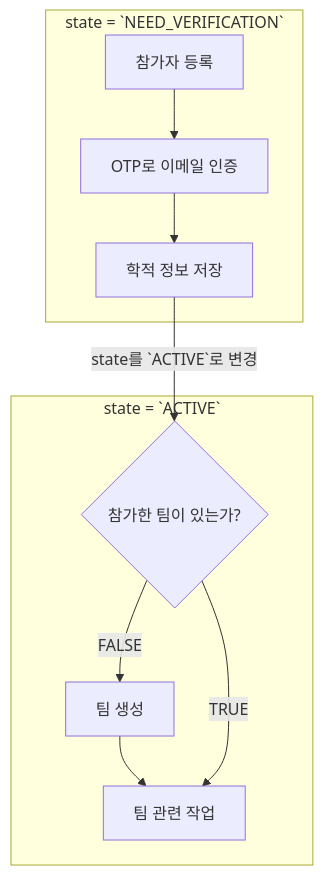
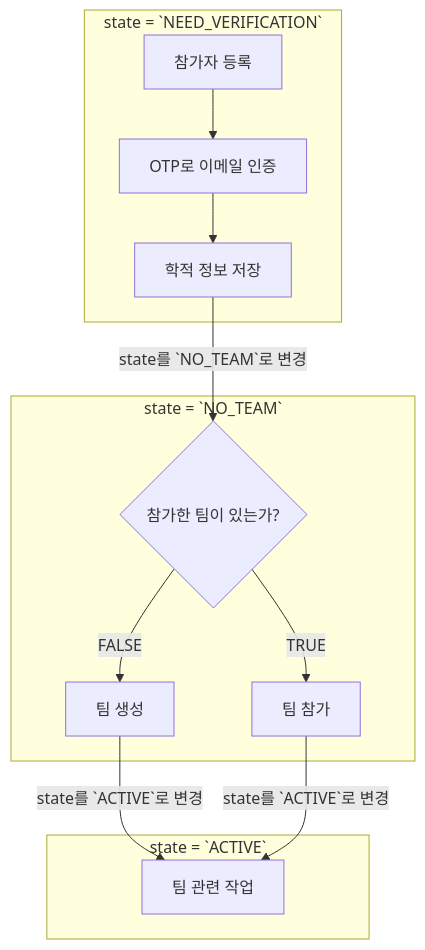
One commit to khu-khlug/khuthon-backend changed the diagram in docs/register-flowchart.md. Above: the diagram before and after it, drawn with Mermaid. The commit also changed 21 other files, not shown here.

````diff
--- a/docs/register-flowchart.md
+++ b/docs/register-flowchart.md
@@ -5,21 +5,26 @@
 ```mermaid
 flowchart TB
   subgraph "state = `NEED_VERIFICATION`"
   create-member["참가자 등록"]
   email-verify["OTP로 이메일 인증"]
   input-student-info["학적 정보 저장"]
   end
 
-  subgraph "state = `ACTIVE`"
+  subgraph "state = `NO_TEAM`"
   has-team{"참가한 팀이 있는가?"}
   create-team["팀 생성"]
+  participate-team["팀 참가"]
+  end
+
+  subgraph "state = `ACTIVE`"
   team-works["팀 관련 작업"]
   end
 
   create-member-->email-verify
   email-verify-->input-student-info
-  input-student-info-->|"state를 `ACTIVE`로 변경"|has-team
+  input-student-info-->|"state를 `NO_TEAM`로 변경"|has-team
   has-team-->|"FALSE"|create-team
-  create-team-->team-works
-  has-team-->|"TRUE"|team-works
+  create-team-->|"state를 `ACTIVE`로 변경"|team-works
+  has-team-->|"TRUE"|participate-team
+  participate-team-->|"state를 `ACTIVE`로 변경"|team-works
 ```
````
